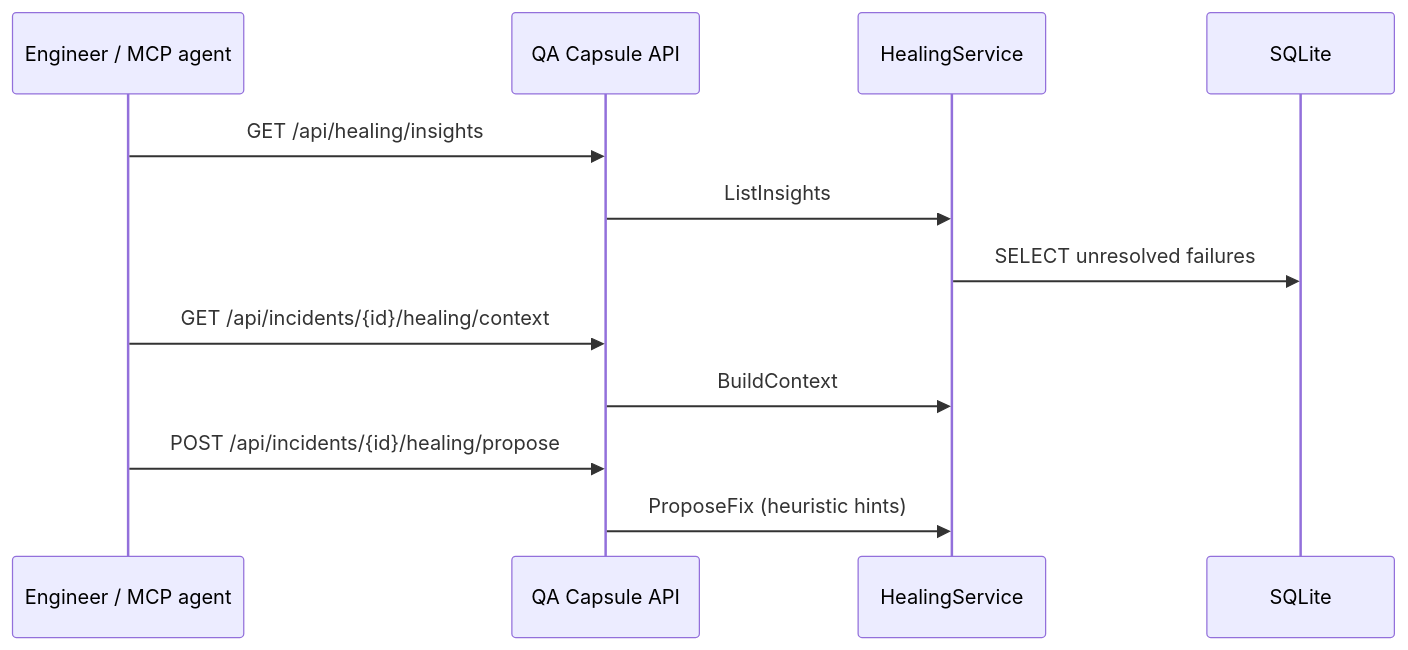
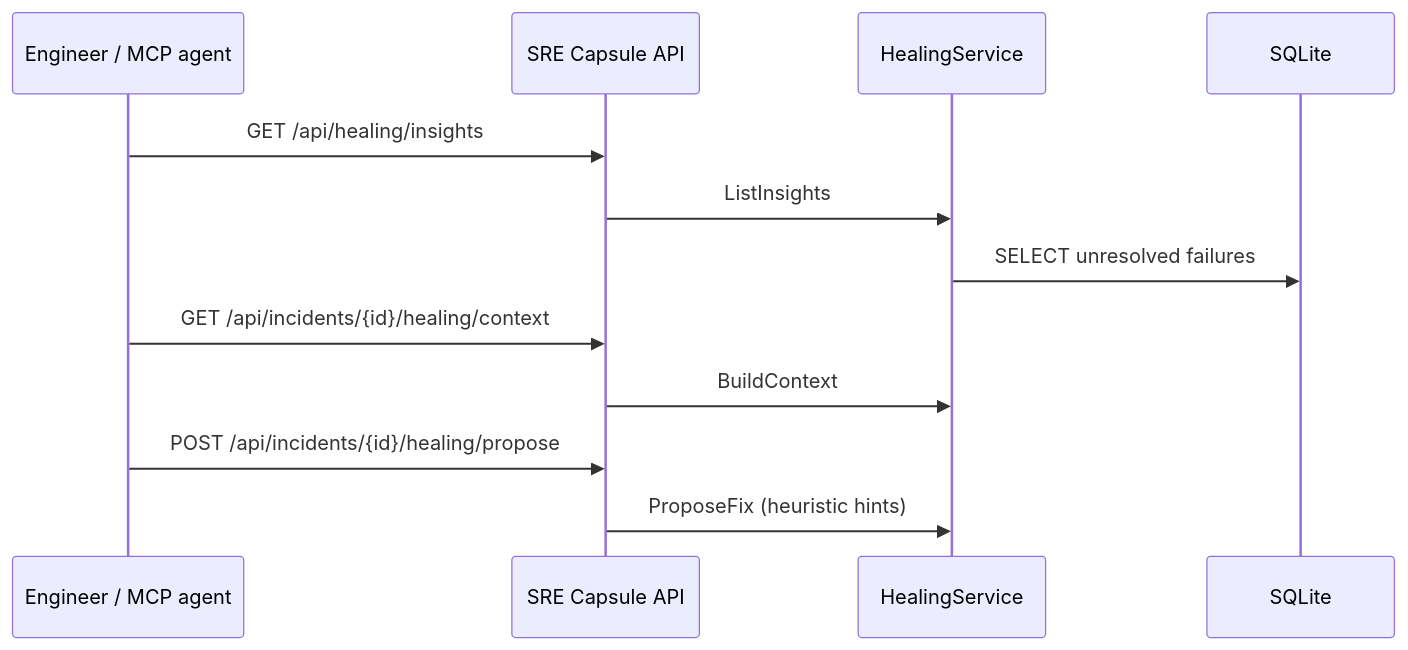
The second of 2 diagrams in docs/guides/intelligence-quarantine.md (Ashraf-Khabar/qa-capsule), drawn with Mermaid before and after one commit. The commit also changed other lines of this file and 180 other files, not shown here.

First line of the commit message:
Refactor codebase to transition from QA Capsule to SRE Capsule

````diff
--- a/docs/guides/intelligence-quarantine.md
+++ b/docs/guides/intelligence-quarantine.md
@@ -32,15 +32,15 @@
 ```mermaid
 sequenceDiagram
     participant USER as Engineer / MCP agent
-    participant API as QA Capsule API
+    participant API as SRE Capsule API
     participant H as HealingService
     participant DB as SQLite
 
     USER->>API: GET /api/healing/insights
     API->>H: ListInsights
     H->>DB: SELECT unresolved failures
     USER->>API: GET /api/incidents/{id}/healing/context
     API->>H: BuildContext
     USER->>API: POST /api/incidents/{id}/healing/propose
     API->>H: ProposeFix (heuristic hints)
 ```
````
